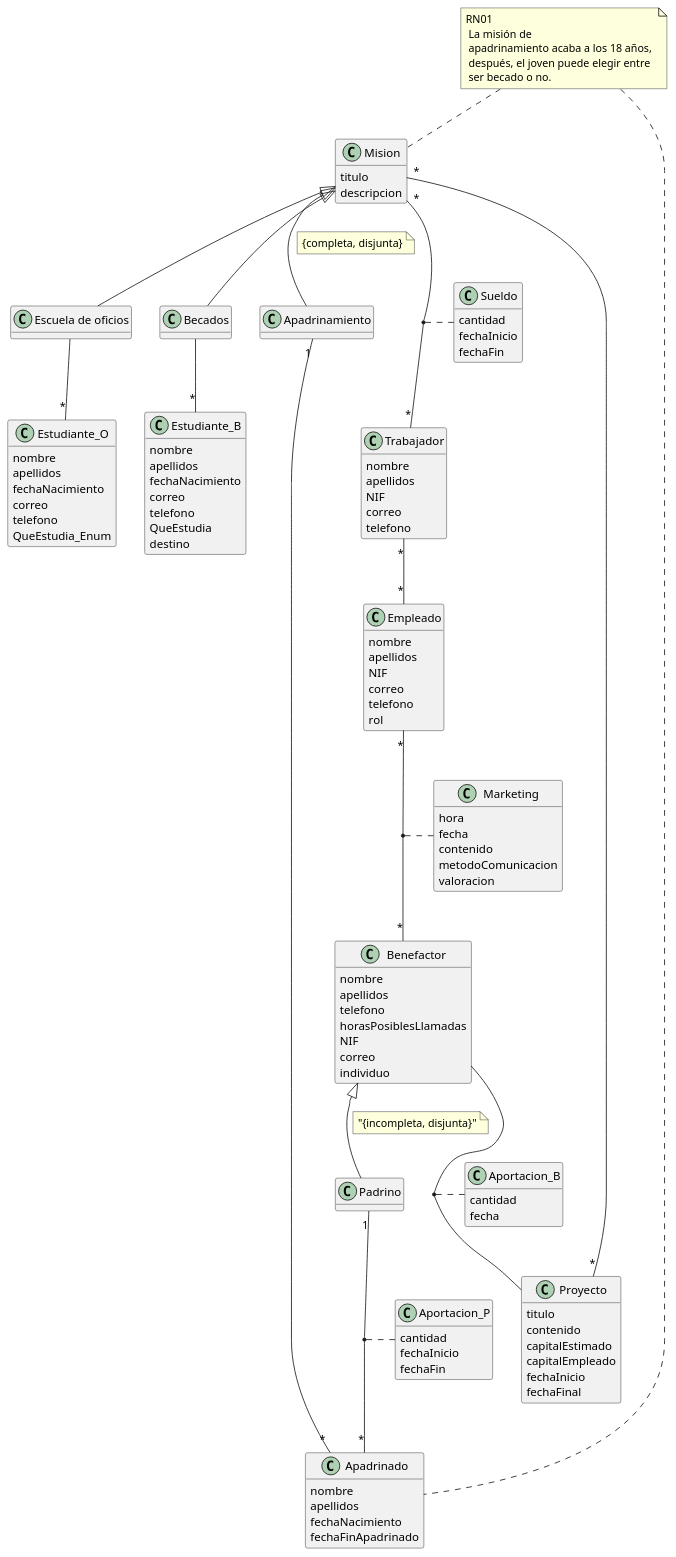
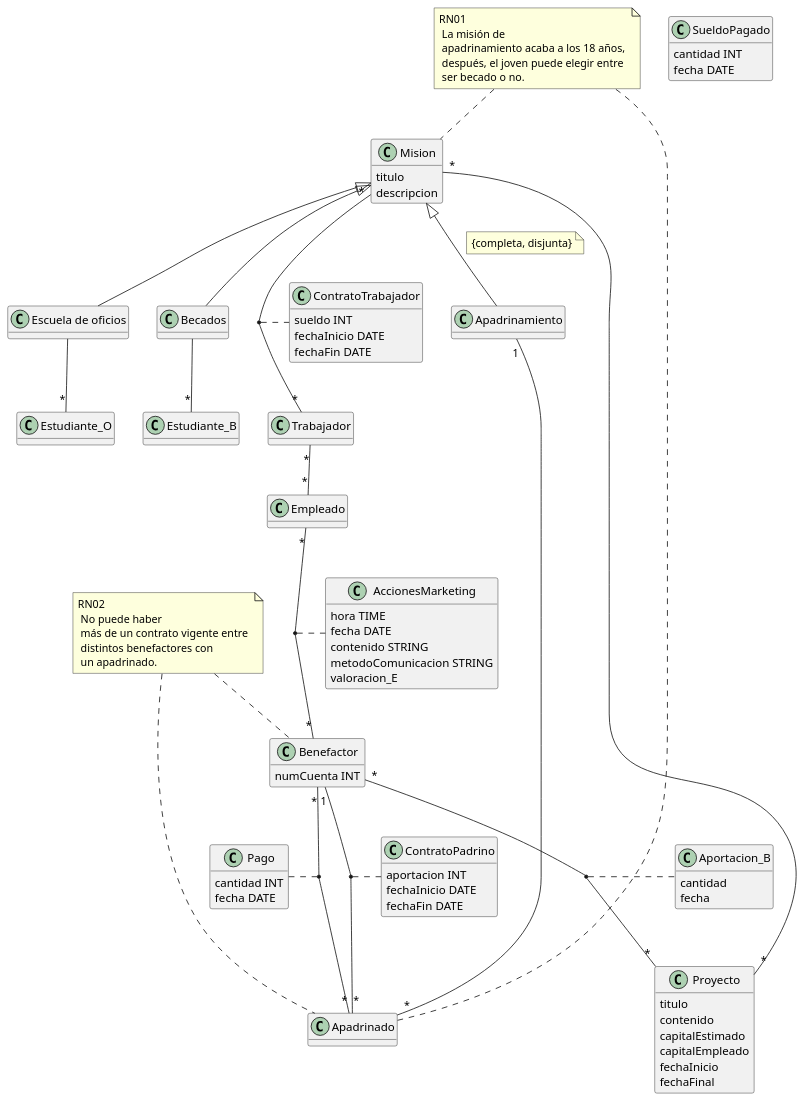
One commit to albporfer1-64/Grupo_Proyecto_DB changed the diagram in modelo.puml. Above: the diagram before and after it, drawn with PlantUML.

Commit message:
Cambios de cambios.txt hechos pero revisar

```diff
--- a/modelo.puml
+++ b/modelo.puml
@@ -1,153 +1,129 @@
 @startuml hola
 hide methods
 skinparam classAttributeIconSize 0
 
 class Proyecto{
     titulo
     contenido
     capitalEstimado
     capitalEmpleado
     fechaInicio
     fechaFinal
 }
 
 class Mision{
     titulo
     descripcion
 }
 
 class "Escuela de oficios" as EscuelaDeOficios{
     
 }
 
 class Becados{
 }
 
 
 class Apadrinamiento{
 }
 
 'Lo que viene a continuacion es para la estetica del diagrama:
 EscuelaDeOficios -[hidden]right- Becados
 Becados -[hidden]right- Apadrinamiento
 
 Mision "*"--"*" Proyecto
 Mision "*"--"*" Trabajador
 
 'Subclases de Mision:
 Mision <|-- EscuelaDeOficios
 Mision <|-- Becados
 Mision <|-- Apadrinamiento
 
 'Restricción de cobertura:
 note on link : {completa, disjunta}
 
 class Apadrinado{
-    nombre
-    apellidos
-    fechaNacimiento
-    fechaFinApadrinado
 }
 
 class Estudiante_O{
-    nombre
-    apellidos
-    fechaNacimiento
-    correo
-    telefono
-    QueEstudia_Enum
 }
 
 class Estudiante_B{
-    nombre
-    apellidos
-    fechaNacimiento
-    correo
-    telefono
-    QueEstudia
-    destino
-}
-
-class Padrino{
 }
 
 class Aportacion_B{
     cantidad
     fecha
 }
 
-class Aportacion_P{
-    cantidad
-    fechaInicio
-    fechaFin
+class AccionesMarketing {
+    hora TIME
+    fecha DATE
+    contenido STRING
+    metodoComunicacion STRING
+    valoracion_E
 }
 
-class Marketing {
-    hora
-    fecha
-    contenido
-    metodoComunicacion
-    valoracion
-}
-
-class Benefactor{
-    nombre
-    apellidos
-    telefono
-    horasPosiblesLlamadas
-    NIF
-    correo
-    individuo  
+class Benefactor{ 
+    numCuenta INT
 }
 
 class Empleado{
-    nombre
-    apellidos
-    NIF
-    correo
-    telefono
-    rol
-    }
+}
 
 class Trabajador{
-    nombre
-    apellidos
-    NIF
-    correo
-    telefono
 }
 
-class Sueldo{
-    cantidad
-    fechaInicio
-    fechaFin
+class ContratoTrabajador{
+    sueldo INT
+    fechaInicio DATE
+    fechaFin DATE
+}
+
+class Pago{
+    cantidad INT
+    fecha DATE
+}
+
+class ContratoPadrino{
+    aportacion INT
+    fechaInicio DATE
+    fechaFin DATE
+}
+
+class SueldoPagado{
+    cantidad INT
+    fecha DATE
 }
 
 Apadrinamiento "1"--"*" Apadrinado
-Padrino "1"--"*" Apadrinado
+Benefactor "1"--"*" Apadrinado
+Benefactor "*"--"*" Apadrinado
+Benefactor "*"--"*" Proyecto
 
 Trabajador "*"--"*" Empleado
 Empleado "*"--"*"Benefactor
 
 EscuelaDeOficios --"*" Estudiante_O
 Becados --"*" Estudiante_B
 
-(Empleado, Benefactor) .. Marketing
-(Trabajador, Mision) .. Sueldo
+(Empleado, Benefactor) .. AccionesMarketing
+(Trabajador, Mision) .. ContratoTrabajador
 (Benefactor, Proyecto) .. Aportacion_B
-(Padrino, Apadrinado) .."*" Aportacion_P
-
-'Subclases de Donante:
-Benefactor <|-- Padrino
-
-note on link : "{incompleta, disjunta}"
+(Benefactor, Apadrinado) .. Pago
+(Benefactor, Apadrinado) .. ContratoPadrino
 
 'Regla de negocio 01:
 note "RN01\n La misión de \n apadrinamiento acaba a los 18 años, \n después, el joven puede elegir entre \n ser becado o no." as RN01
 RN01 .. Mision
 RN01 .. Apadrinado
 
+'Regla de negocio 02:
+note "RN02\n No puede haber \n más de un contrato vigente entre \n distintos benefactores con \n un apadrinado." as RN02
+RN02 .. Benefactor
+RN02 .. Apadrinado
+
 'Lo que viene a continuacion es para la estetica del diagrama:
 Apadrinamiento -[hidden]right- EscuelaDeOficios
 EscuelaDeOficios -[hidden]right- Becados
 @enduml
```
